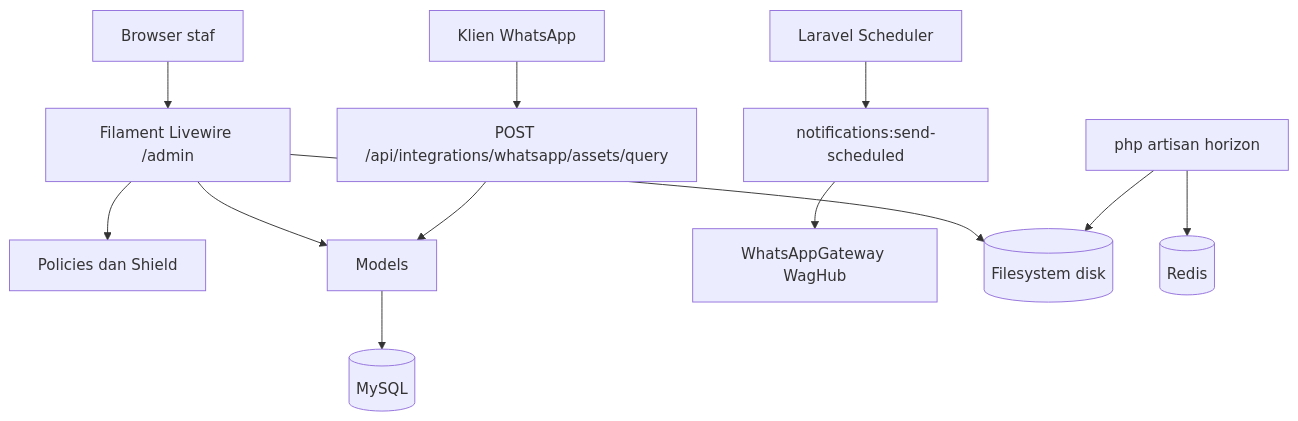
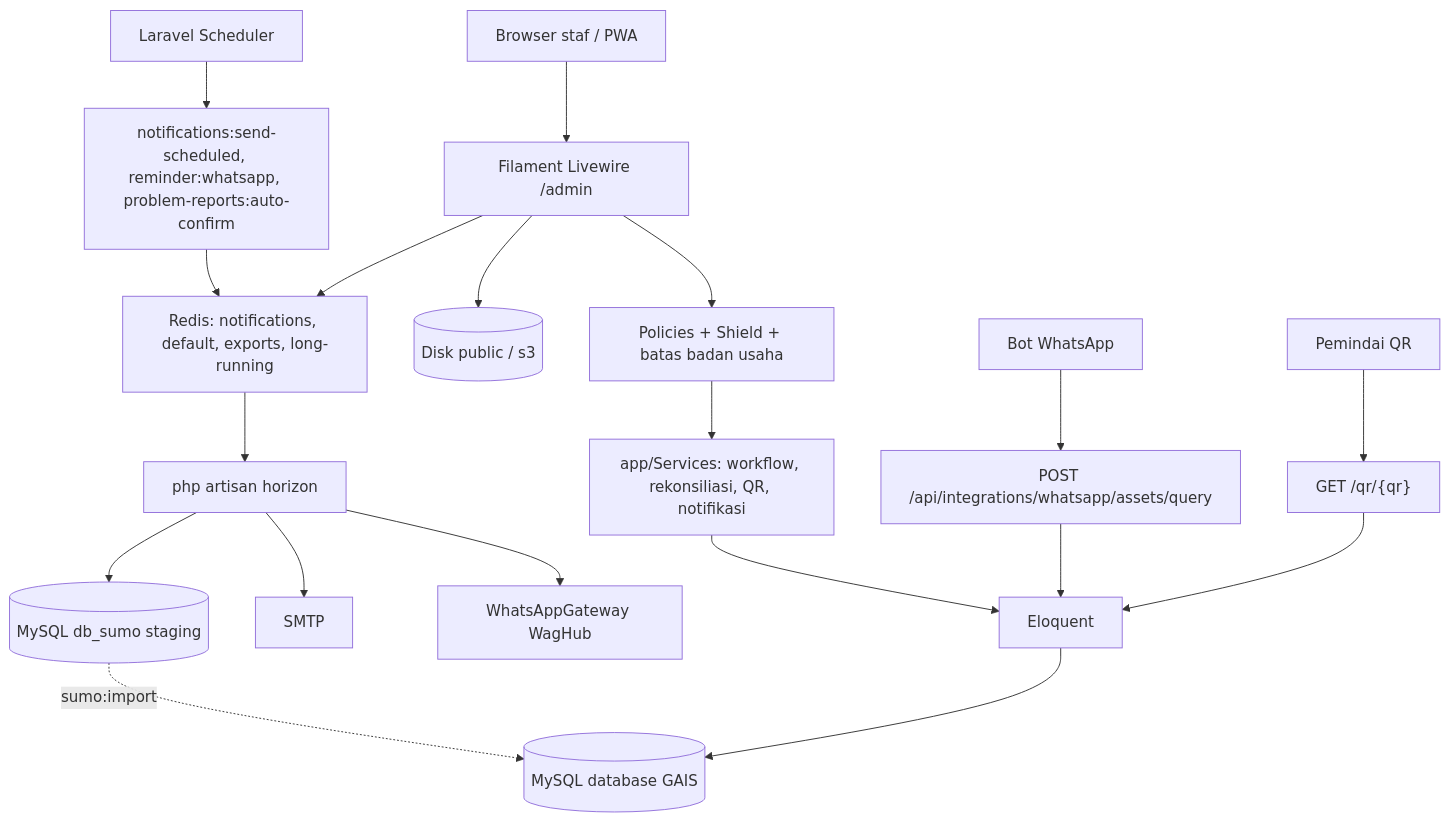
Before and after one commit to oceanspacedev/gais-web: the second of 2 diagrams in README.md, drawn with Mermaid. The commit also changed other lines of this file, not shown here.

````diff
--- a/README.md
+++ b/README.md
@@ -159,14 +219,20 @@
 ```mermaid
 flowchart TB
-    Staf[Browser staf] --> Filament[Filament Livewire /admin]
-    Filament --> Policies[Policies dan Shield]
-    Scheduler[Laravel Scheduler] --> Notif[notifications:send-scheduled]
-    WAClient[Klien WhatsApp] --> Query["POST /api/integrations/whatsapp/assets/query"]
-    Filament --> Models
+    Staf[Browser staf / PWA] --> Filament[Filament Livewire /admin]
+    Filament --> Policies[Policies + Shield + batas badan usaha]
+    Policies --> Services[app/Services: workflow, rekonsiliasi, QR, notifikasi]
+    Services --> Models[Eloquent] --> DB[(MySQL database GAIS)]
+    Filament --> Files[(Disk public / s3)]
+    Scheduler[Laravel Scheduler] --> Cmd[notifications:send-scheduled, reminder:whatsapp, problem-reports:auto-confirm]
+    Cmd --> Queue
+    Filament --> Queue[Redis: notifications, default, exports, long-running]
+    Queue --> Horizon[php artisan horizon]
+    Horizon --> WA[WhatsAppGateway WagHub]
+    Horizon --> Mail[SMTP]
+    Horizon --> Sumo[(MySQL db_sumo staging)]
+    Sumo -. sumo:import .-> DB
+    Bot[Bot WhatsApp] --> Query["POST /api/integrations/whatsapp/assets/query"]
+    Publik[Pemindai QR] --> QR["GET /qr/{qr}"]
     Query --> Models
-    Notif --> WA[WhatsAppGateway WagHub]
-    Models --> DB[(MySQL)]
-    Filament --> Files[(Filesystem disk)]
-    Worker["php artisan horizon"] --> Redis[(Redis)]
-    Worker --> Files
+    QR --> Models
 ```
````
